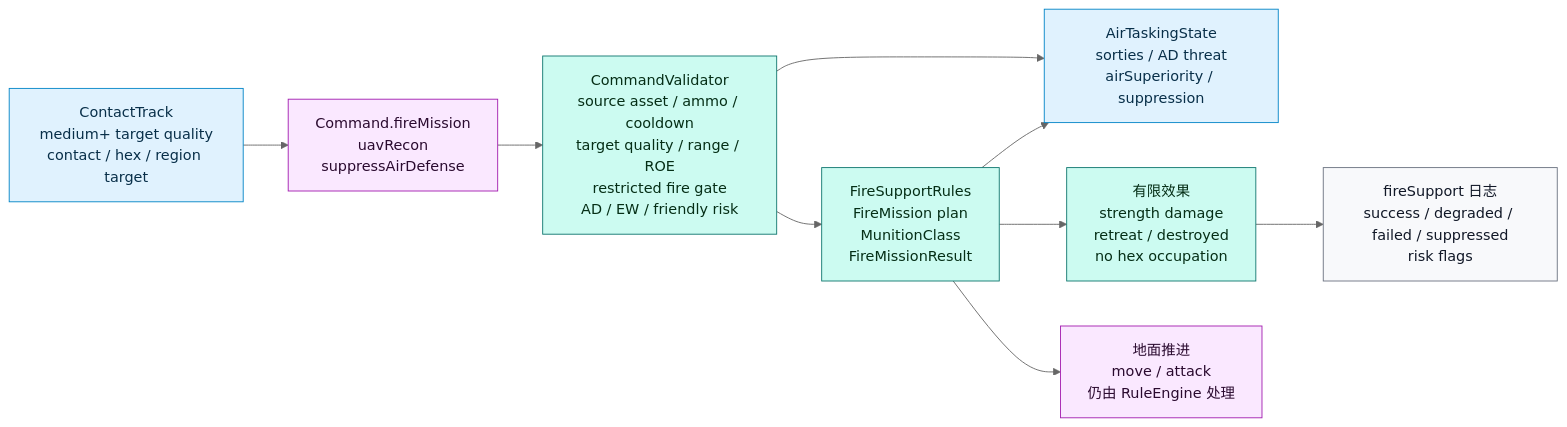
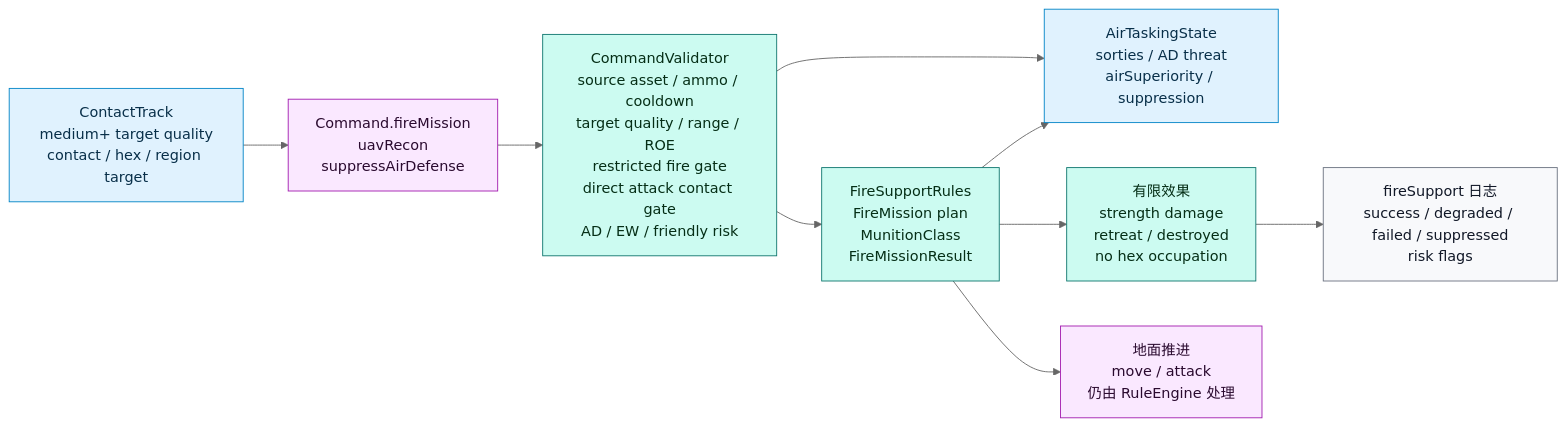
Before and after one commit to Altman-sam114/127: the seventh of 20 diagrams in md/flow/flowchart.md, drawn with Mermaid (neutral theme). The commit also changed other lines of this file and 11 other files, not shown here.

````diff
--- a/md/flow/flowchart.md
+++ b/md/flow/flowchart.md
@@ -205,22 +205,22 @@
 ```mermaid
 flowchart LR
     CONTACT["ContactTrack<br/>medium+ target quality<br/>contact / hex / region target"]:::state
     CMD["Command.fireMission<br/>uavRecon<br/>suppressAirDefense"]:::command
-    VALID["CommandValidator<br/>source asset / ammo / cooldown<br/>target quality / range / ROE<br/>restricted fire gate<br/>AD / EW / friendly risk"]:::rules
+    VALID["CommandValidator<br/>source asset / ammo / cooldown<br/>target quality / range / ROE<br/>restricted fire gate<br/>direct attack contact gate<br/>AD / EW / friendly risk"]:::rules
     FIRE["FireSupportRules<br/>FireMission plan<br/>MunitionClass<br/>FireMissionResult"]:::rules
     AIR["AirTaskingState<br/>sorties / AD threat<br/>airSuperiority / suppression"]:::state
     DAMAGE["有限效果<br/>strength damage<br/>retreat / destroyed<br/>no hex occupation"]:::rules
     LOG["fireSupport 日志<br/>success / degraded / failed / suppressed<br/>risk flags"]:::display
     GROUND["地面推进<br/>move / attack<br/>仍由 RuleEngine 处理"]:::command
 
     CONTACT --> CMD --> VALID --> FIRE
     VALID --> AIR
     FIRE --> AIR
     FIRE --> DAMAGE --> LOG
     FIRE --> GROUND
 
     classDef state fill:#e0f2fe,stroke:#0284c7,color:#082f49
     classDef rules fill:#ccfbf1,stroke:#0f766e,color:#052e16
     classDef command fill:#fae8ff,stroke:#a21caf,color:#2a0a2f
     classDef display fill:#f8f9fb,stroke:#6b7280,color:#111827
 ```
````
